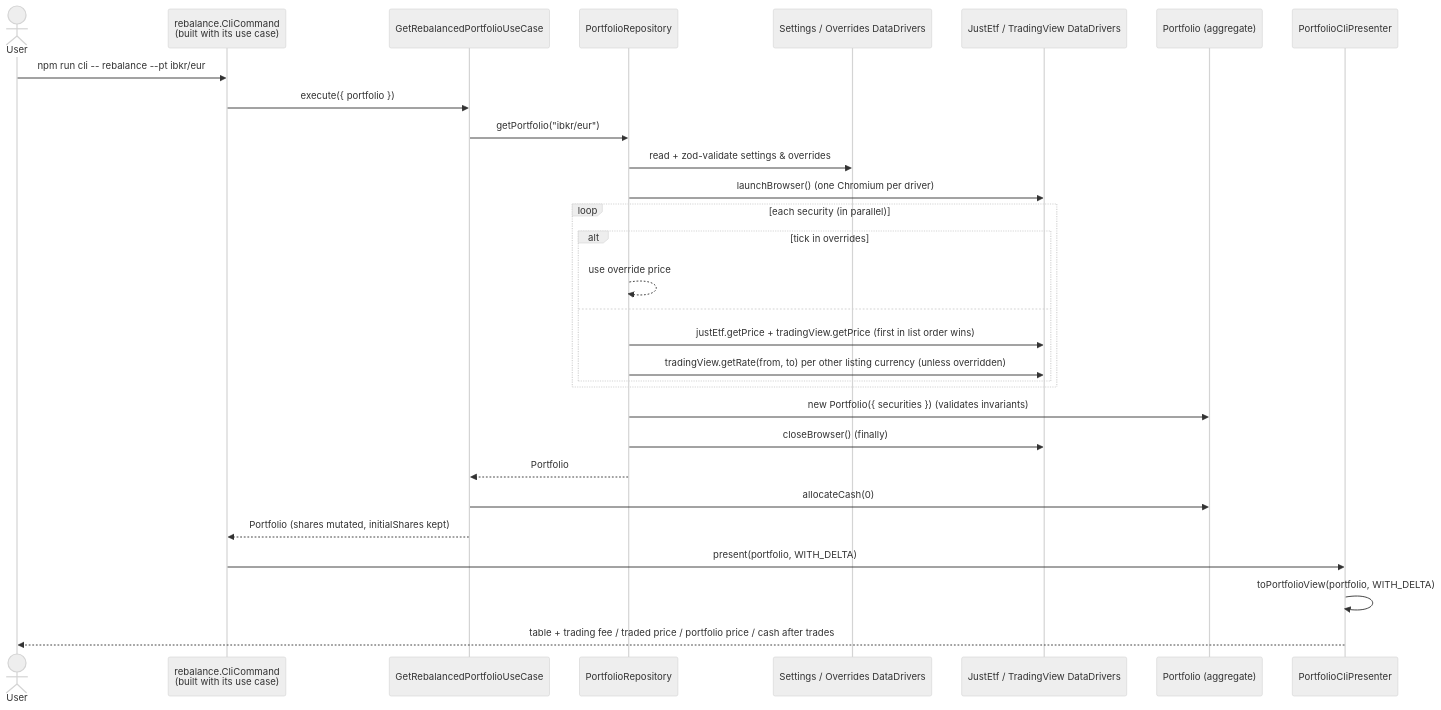
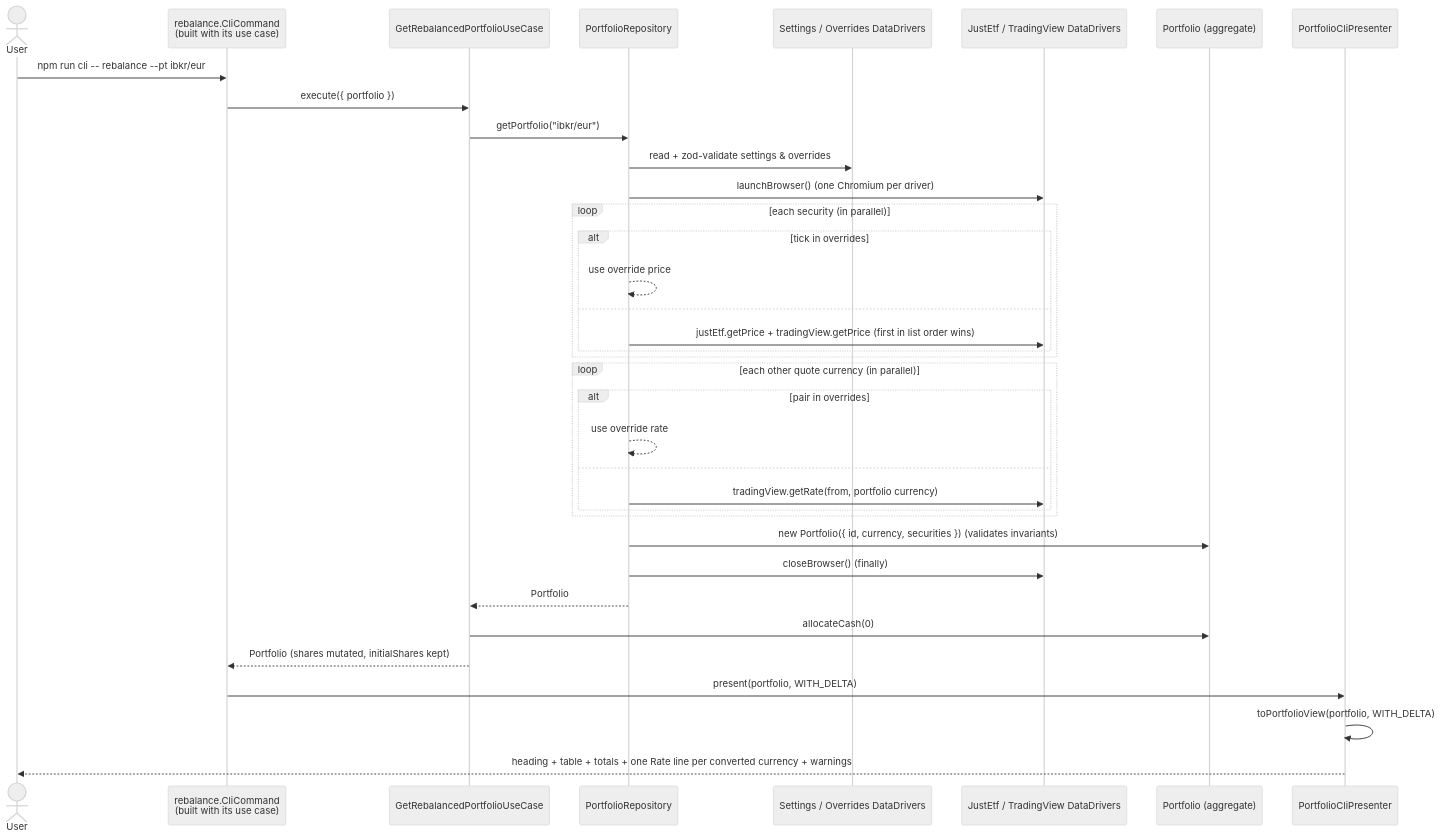
Before and after one commit to armaaar/stock-calc: the third of 3 diagrams in docs/architecture/overview.md, drawn with Mermaid (neutral theme). The commit also changed other lines of this file and 1 other file, not shown here.

Commit message:
docs: describe rate lookup and the new table in the architecture overview

````diff
--- a/docs/architecture/overview.md
+++ b/docs/architecture/overview.md
@@ -77,33 +77,39 @@
 ```mermaid
 sequenceDiagram
   actor U as User
   participant C as rebalance.CliCommand<br/>(built with its use case)
   participant UC as GetRebalancedPortfolioUseCase
   participant R as PortfolioRepository
   participant S as Settings / Overrides DataDrivers
   participant P as JustEtf / TradingView DataDrivers
   participant E as Portfolio (aggregate)
   participant V as PortfolioCliPresenter
 
   U->>C: npm run cli -- rebalance --pt ibkr/eur
   C->>UC: execute({ portfolio })
   UC->>R: getPortfolio("ibkr/eur")
   R->>S: read + zod-validate settings & overrides
   R->>P: launchBrowser() (one Chromium per driver)
   loop each security (in parallel)
     alt tick in overrides
       R-->>R: use override price
     else
       R->>P: justEtf.getPrice + tradingView.getPrice (first in list order wins)
-      R->>P: tradingView.getRate(from, to) per other listing currency (unless overridden)
     end
   end
-  R->>E: new Portfolio({ securities }) (validates invariants)
+  loop each other quote currency (in parallel)
+    alt pair in overrides
+      R-->>R: use override rate
+    else
+      R->>P: tradingView.getRate(from, portfolio currency)
+    end
+  end
+  R->>E: new Portfolio({ id, currency, securities }) (validates invariants)
   R->>P: closeBrowser() (finally)
   R-->>UC: Portfolio
   UC->>E: allocateCash(0)
   UC-->>C: Portfolio (shares mutated, initialShares kept)
   C->>V: present(portfolio, WITH_DELTA)
   V->>V: toPortfolioView(portfolio, WITH_DELTA)
-  V-->>U: table + trading fee / traded price / portfolio price / cash after trades
+  V-->>U: heading + table + totals + one Rate line per converted currency + warnings
 ```
````
